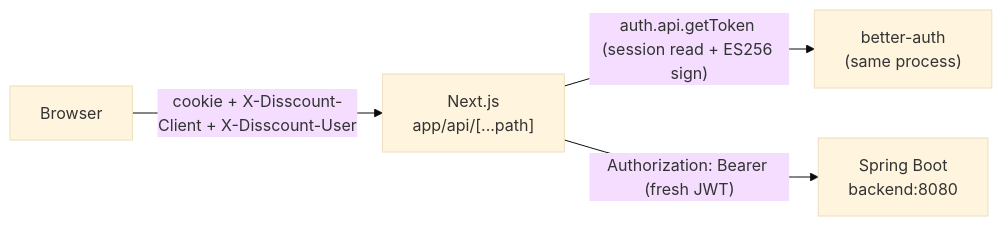
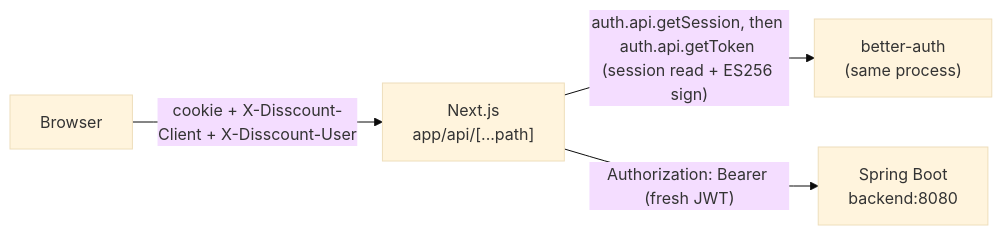
One commit to OffCrazyFreak/Disscount changed the diagram in docs/BACKEND-PROXY.md. Above: the diagram before and after it, drawn with Mermaid (base theme). The commit also changed other lines of this file and 1 other file, not shown here.

First line of the commit message:
docs(proxy): Name both session reads in the proxy and auth flows

````diff
--- a/docs/BACKEND-PROXY.md
+++ b/docs/BACKEND-PROXY.md
@@ -18,6 +18,6 @@
 ```mermaid
 flowchart LR
     Browser -->|"cookie + X-Disscount-Client + X-Disscount-User"| Proxy["Next.js<br/>app/api/[...path]"]
-    Proxy -->|"auth.api.getToken (session read + ES256 sign)"| BA["better-auth<br/>(same process)"]
+    Proxy -->|"auth.api.getSession, then auth.api.getToken (session read + ES256 sign)"| BA["better-auth<br/>(same process)"]
     Proxy -->|"Authorization: Bearer (fresh JWT)"| Spring["Spring Boot<br/>backend:8080"]
 ```
````
